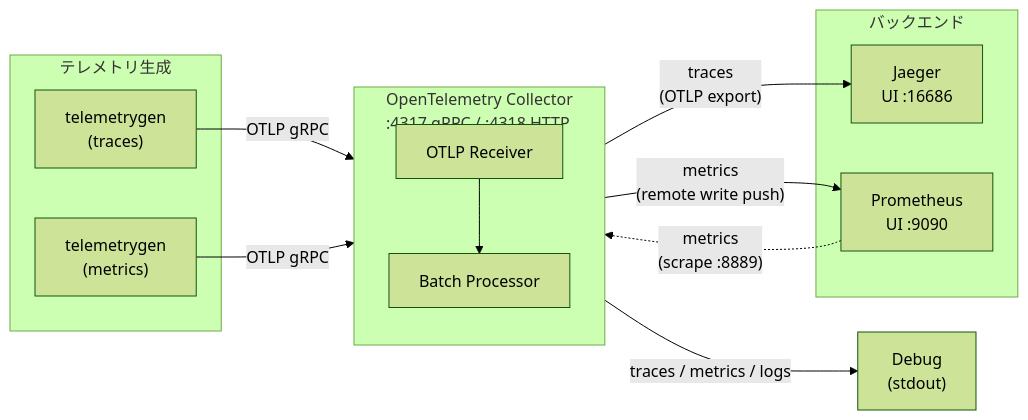
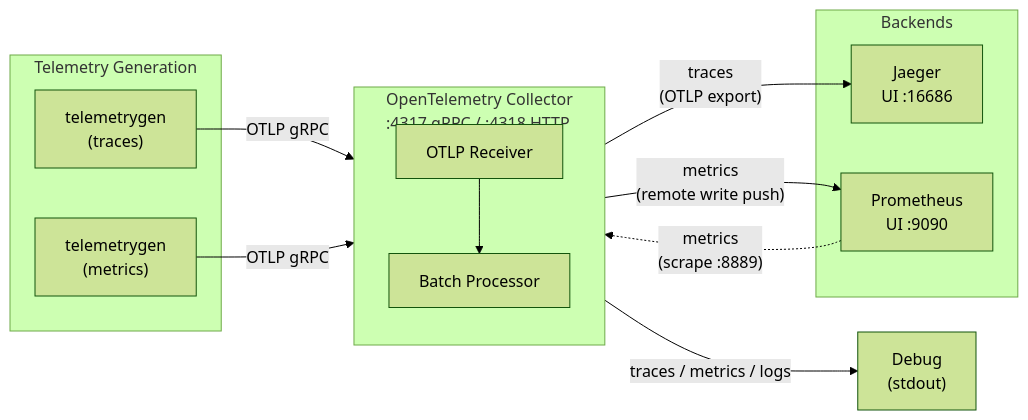
The diagram in infra/scenarios/azure_kubernetes_playground/examples/otel_local/README.md (ks6088ts/template-terraform), drawn with Mermaid (forest theme) before and after one commit. The commit also changed other lines of this file and 28 other files, not shown here.

````diff
--- a/infra/scenarios/azure_kubernetes_playground/examples/otel_local/README.md
+++ b/infra/scenarios/azure_kubernetes_playground/examples/otel_local/README.md
@@ -7,27 +11,27 @@
 ```mermaid
 flowchart LR
-    subgraph Generators["テレメトリ生成"]
+    subgraph Generators["Telemetry Generation"]
         GenTraces["telemetrygen<br/>(traces)"]
         GenMetrics["telemetrygen<br/>(metrics)"]
     end
 
     subgraph Collector["OpenTelemetry Collector<br/>:4317 gRPC / :4318 HTTP"]
         direction TB
         OTLP_IN["OTLP Receiver"]
         Batch["Batch Processor"]
         OTLP_IN --> Batch
     end
 
-    subgraph Backends["バックエンド"]
+    subgraph Backends["Backends"]
         Jaeger["Jaeger<br/>UI :16686"]
         Prometheus["Prometheus<br/>UI :9090"]
     end
 
     GenTraces -- "OTLP gRPC" --> OTLP_IN
     GenMetrics -- "OTLP gRPC" --> OTLP_IN
 
     Batch -- "traces<br/>(OTLP export)" --> Jaeger
     Batch -- "metrics<br/>(remote write push)" --> Prometheus
     Prometheus -. "metrics<br/>(scrape :8889)" .-> Batch
     Batch -- "traces / metrics / logs" --> Debug["Debug<br/>(stdout)"]
 ```
````
